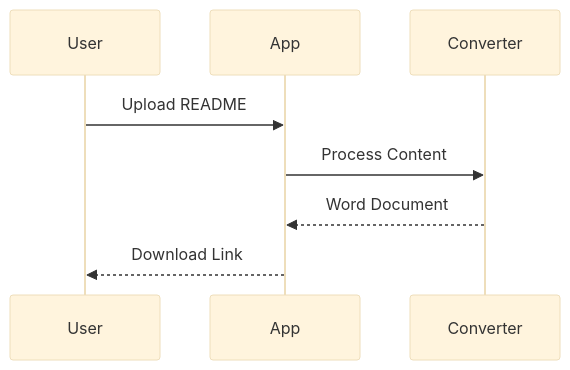
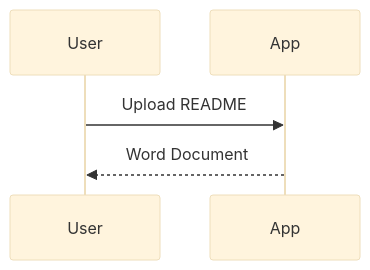
One commit to vishalm/readme2readall changed the second of 2 diagrams in README.md. Above: the diagram before and after it, drawn with Mermaid (base theme). The commit also changed other lines of this file and 10 other files, not shown here.

````diff
--- a/README.md
+++ b/README.md
@@ -518,10 +106,7 @@
 ```mermaid
 sequenceDiagram
     participant User
     participant App
-    participant Converter
     User->>App: Upload README
-    App->>Converter: Process Content
-    Converter-->>App: Word Document
-    App-->>User: Download Link
+    App-->>User: Word Document
 ```
````
